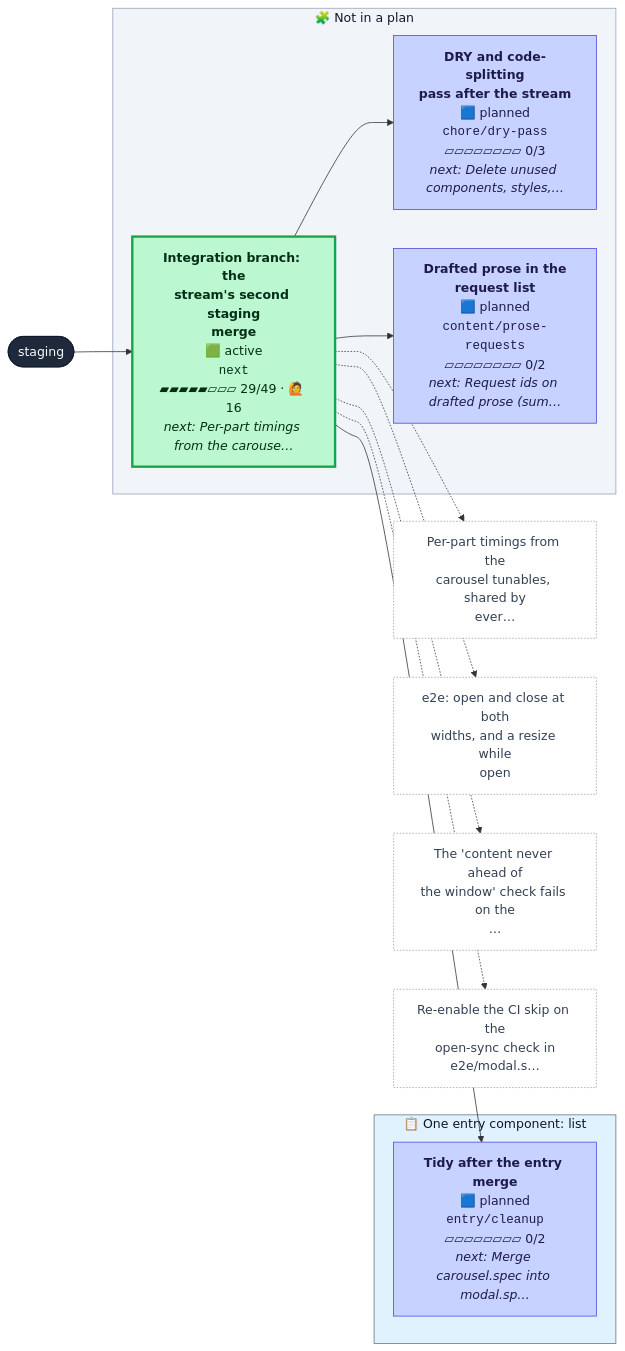
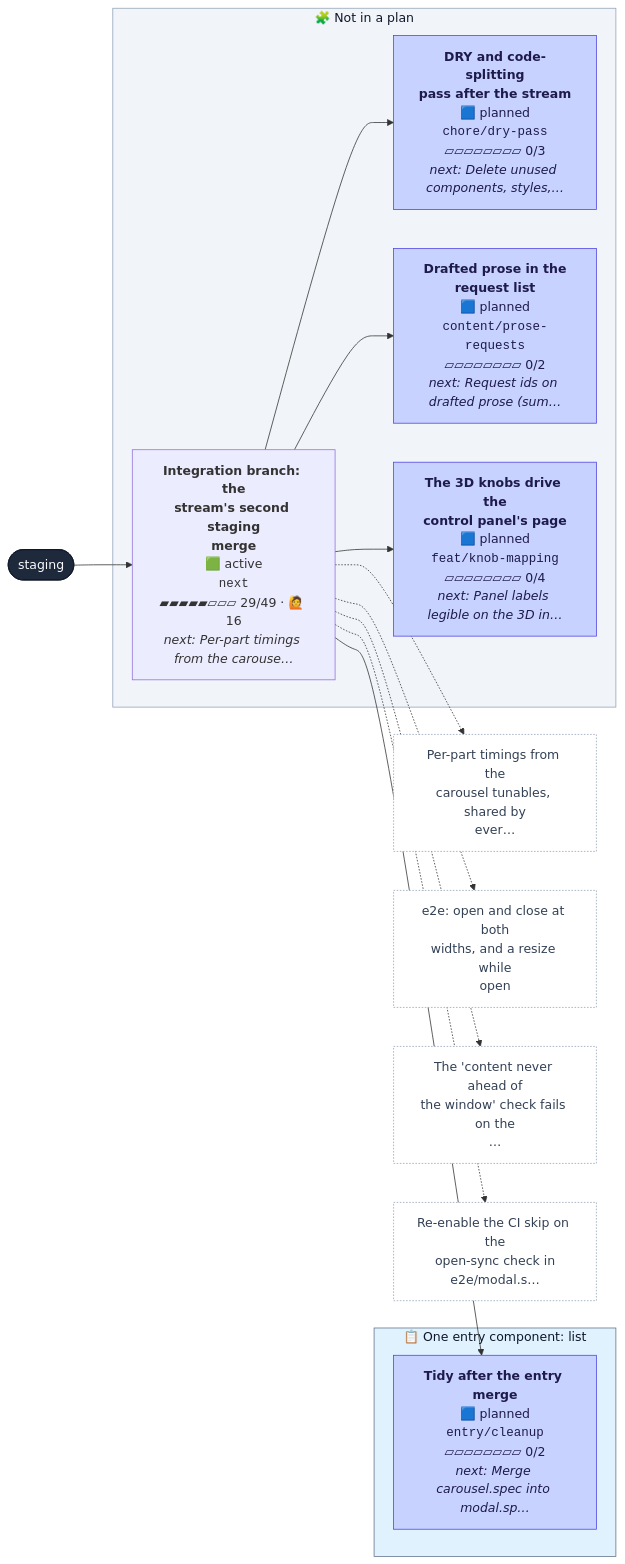
One commit to henryjonescodes/portfolio changed the first of 2 diagrams in CONTRIBUTING.md. Above: the diagram before and after it, drawn with Mermaid. The commit also changed other lines of this file, not shown here.

````diff
--- a/CONTRIBUTING.md
+++ b/CONTRIBUTING.md
@@ -16,44 +16,47 @@
 ```mermaid
 flowchart LR
   n_staging([staging])
   class n_staging trunk
   subgraph plan_0["📋 One entry component: list"]
     n_entry_cleanup["<b>Tidy after the entry merge</b><br/>🟦 planned<br/><code>entry/cleanup</code><br/>▱▱▱▱▱▱▱▱ 0/2<br/><i>next: Merge carousel.spec into modal.sp…</i>"]
     class n_entry_cleanup planned
   end
   style plan_0 fill:#e0f2fe,stroke:#64748b,color:#0f172a
   subgraph loose["🧩 Not in a plan"]
     n_chore_dry_pass["<b>DRY and code-splitting<br/>pass after the stream</b><br/>🟦 planned<br/><code>chore/dry-pass</code><br/>▱▱▱▱▱▱▱▱ 0/3<br/><i>next: Delete unused components, styles,…</i>"]
     class n_chore_dry_pass planned
     n_content_prose_requests["<b>Drafted prose in the<br/>request list</b><br/>🟦 planned<br/><code>content/prose-requests</code><br/>▱▱▱▱▱▱▱▱ 0/2<br/><i>next: Request ids on drafted prose (sum…</i>"]
     class n_content_prose_requests planned
+    n_feat_knob_mapping["<b>The 3D knobs drive the<br/>control panel's page</b><br/>🟦 planned<br/><code>feat/knob-mapping</code><br/>▱▱▱▱▱▱▱▱ 0/4<br/><i>next: Panel labels legible on the 3D in…</i>"]
+    class n_feat_knob_mapping planned
     n_next["<b>Integration branch: the<br/>stream's second staging<br/>merge</b><br/>🟩 active<br/><code>next</code><br/>▰▰▰▰▰▱▱▱ 29/49 · 🙋 16<br/><i>next: Per-part timings from the carouse…</i>"]
-    class n_next active
+    class n_next active,current
   end
   style loose fill:#f1f5f9,stroke:#94a3b8,color:#0f172a
   n_next --> n_chore_dry_pass
   n_next --> n_content_prose_requests
   n_next --> n_entry_cleanup
+  n_next --> n_feat_knob_mapping
   n_staging --> n_next
   n_next_t0["Per-part timings from the<br/>carousel tunables, shared by<br/>ever…"]
   class n_next_t0 todo
   n_next -.-> n_next_t0
   n_next_t1["e2e: open and close at both<br/>widths, and a resize while<br/>open"]
   class n_next_t1 todo
   n_next -.-> n_next_t1
   n_next_t2["The 'content never ahead of<br/>the window' check fails on the<br/>…"]
   class n_next_t2 todo
   n_next -.-> n_next_t2
   n_next_t3["Re-enable the CI skip on the<br/>open-sync check in<br/>e2e/modal.s…"]
   class n_next_t3 todo
   n_next -.-> n_next_t3
   classDef merged fill:#dcfce7,stroke:#16a34a,color:#052e16
   classDef todo fill:#ffffff,stroke:#94a3b8,stroke-dasharray:2 2,color:#334155
   classDef planned fill:#c7d2fe,stroke:#4f46e5,color:#1e1b4b
   classDef sketched fill:#f8fafc,stroke:#64748b,stroke-dasharray:4 3,color:#334155
   classDef active fill:#bbf7d0,stroke:#16a34a,stroke-width:3px,color:#052e16
   classDef review fill:#fde68a,stroke:#d97706,stroke-width:3px,color:#451a03
   classDef blocked fill:#fecaca,stroke:#dc2626,stroke-width:3px,color:#450a0a
   classDef trunk fill:#1e293b,stroke:#0f172a,color:#f8fafc
   classDef current stroke:#0ea5e9,stroke-width:5px
 ```
````
